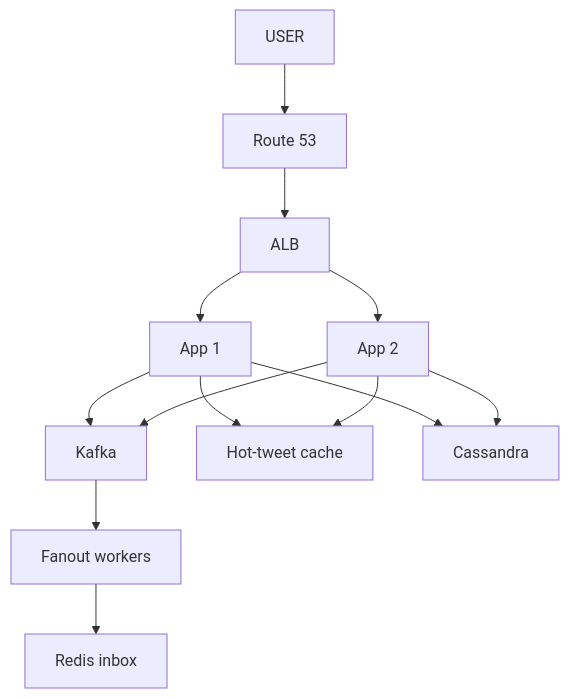
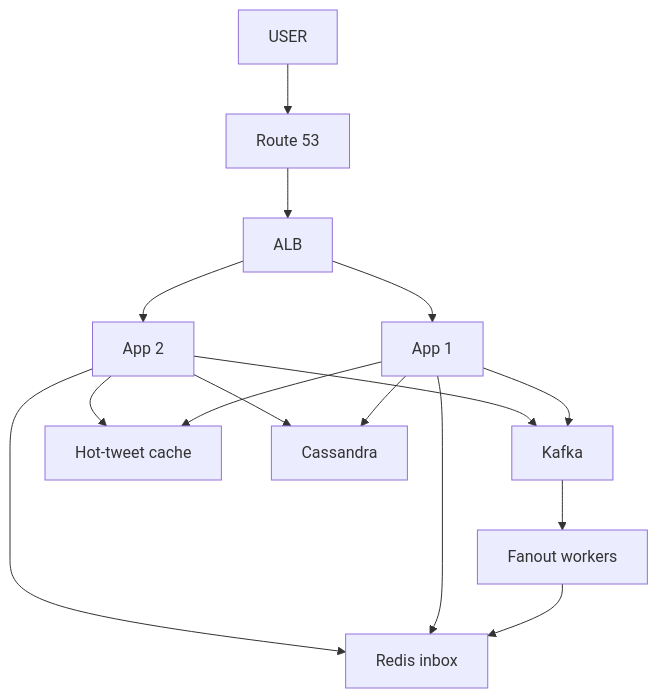
The seventh of 10 diagrams in 04_HLD/SYSTEM_DESIGNS/03_twitter_feed/03_twitter_feed.md (ArpanMaheshwari144/Prep), drawn with Mermaid before and after one commit. The commit also changed other lines of this file and 12 other files, not shown here.

````diff
--- a/04_HLD/SYSTEM_DESIGNS/03_twitter_feed/03_twitter_feed.md
+++ b/04_HLD/SYSTEM_DESIGNS/03_twitter_feed/03_twitter_feed.md
@@ -363,25 +369,27 @@
 ```mermaid
 flowchart TD
     n_USER["USER"]
     n_Route_53["Route 53"]
     n_ALB["ALB"]
     n_App_x_N_1["App 1"]
     n_App_x_N_2["App 2"]
     n_Kafka["Kafka"]
     n_Fanout_workers["Fanout workers"]
     n_Redis_inbox["Redis inbox"]
     n_Hot_tweet_cache["Hot-tweet cache"]
     n_Cassandra["Cassandra"]
     n_USER --> n_Route_53
     n_Route_53 --> n_ALB
     n_ALB --> n_App_x_N_1
     n_ALB --> n_App_x_N_2
     n_App_x_N_1 --> n_Kafka
     n_App_x_N_2 --> n_Kafka
     n_App_x_N_1 --> n_Hot_tweet_cache
     n_App_x_N_2 --> n_Hot_tweet_cache
     n_App_x_N_1 --> n_Cassandra
     n_App_x_N_2 --> n_Cassandra
     n_Kafka --> n_Fanout_workers
     n_Fanout_workers --> n_Redis_inbox
+    n_App_x_N_1 --> n_Redis_inbox
+    n_App_x_N_2 --> n_Redis_inbox
 ```
````
